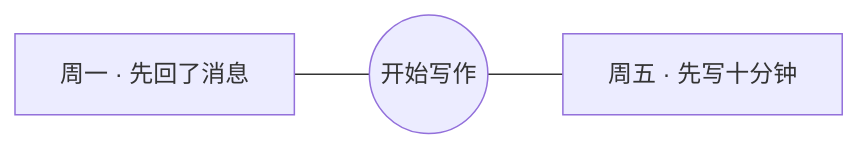
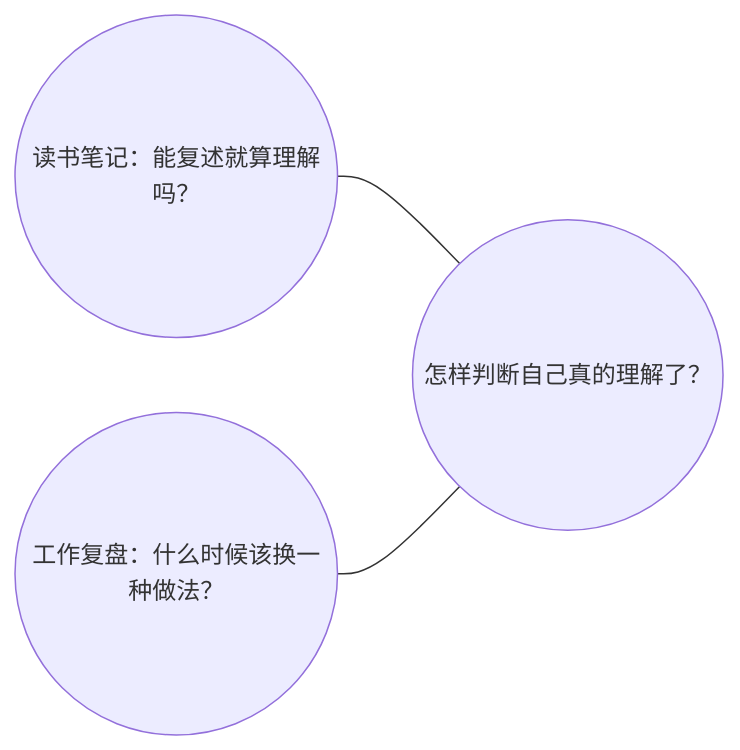
One commit to CarryLewis/notion-obsidian-connect changed the second of 2 diagrams in README.md. Above: the diagram before and after it, drawn with Mermaid. The commit also changed other lines of this file and 1 other file, not shown here.

````diff
--- a/README.md
+++ b/README.md
@@ -32,5 +29,5 @@
 ```mermaid
 flowchart LR
-    A["周一 · 先回了消息"] --- B(("开始写作"))
-    B --- C["周五 · 先写十分钟"]
+    A(("读书笔记：能复述就算理解吗？")) --- B(("怎样判断自己真的理解了？"))
+    C(("工作复盘：什么时候该换一种做法？")) --- B
 ```
````
